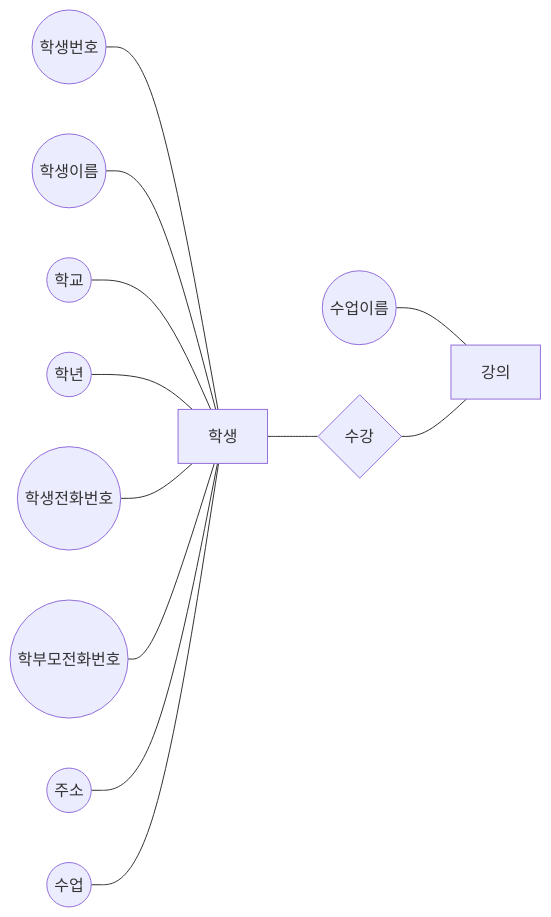
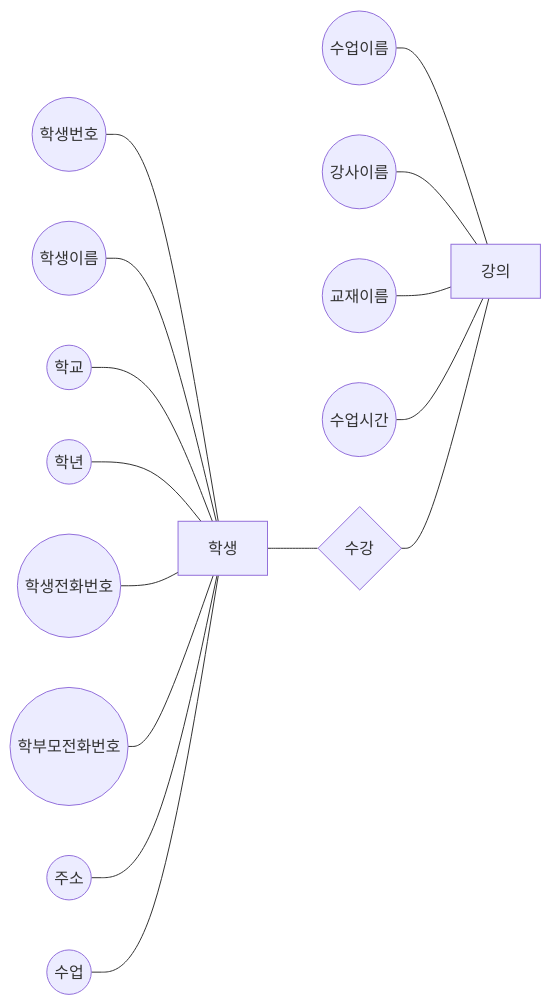
Before and after one commit to HYUUUNAKIM/DB_project: the second of 2 diagrams in README(키 설명 추가).md, drawn with Mermaid.

Commit message:
Update README(키 설명 추가).md

````diff
--- a/README(키 설명 추가).md
+++ b/README(키 설명 추가).md
@@ -180,14 +180,17 @@
 ```mermaid
 graph LR
 A((학생번호))---S[학생]
 B((학생이름))---S[학생]
 C((학교))---S[학생]
 D((학년))---S[학생]
 E((학생전화번호))---S[학생]
 F((학부모전화번호))---S[학생]
 G((주소))---S[학생]
 H((수업))---S[학생]
 I((수업이름))---L[강의]
+K((강사이름))---L[강의]
+M((교재이름))---L[강의]
+N((수업시간))---L[강의]
 S---J{수강}
 J---L[강의]
 ```
````
